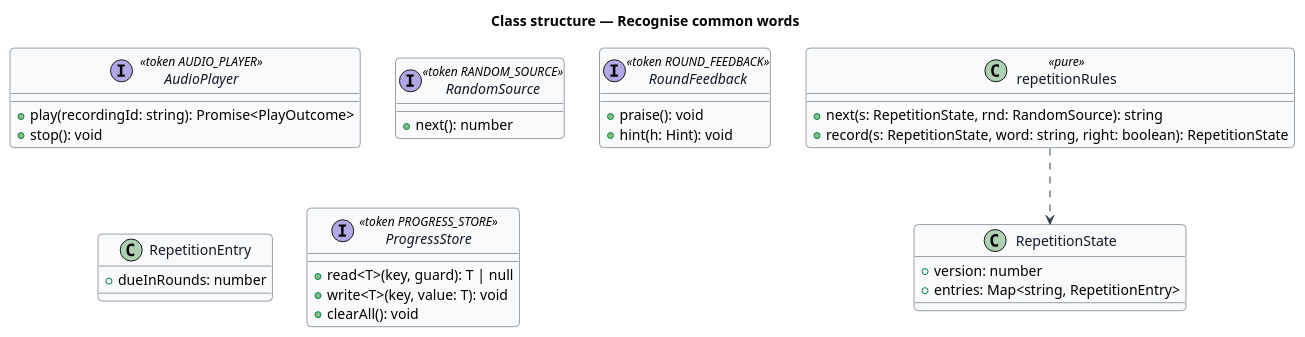
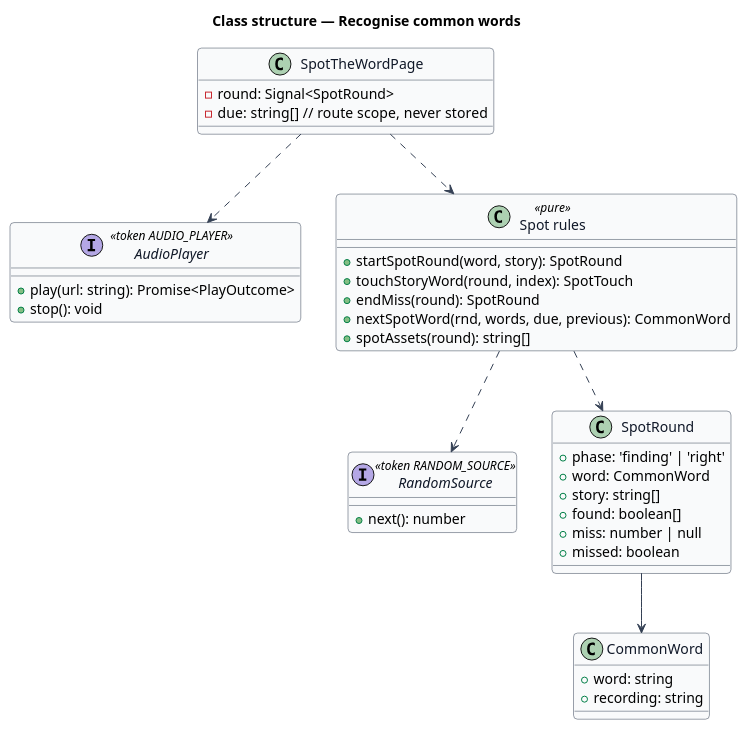
Before and after one commit to QuinntyneBrown/pibbo: the diagram in docs/detailed-designs/sound-out/recognise-common-words/diagrams/class.puml, drawn with PlantUML. The commit also changed 13 other files, not shown here.

First line of the commit message:
Align Spot the word: L2-019 follows the story mock, ADR 0022, the design, and Home's card drawn first

```diff
--- a/docs/detailed-designs/sound-out/recognise-common-words/diagrams/class.puml
+++ b/docs/detailed-designs/sound-out/recognise-common-words/diagrams/class.puml
@@ -1,43 +1,49 @@
 @startuml
 skinparam backgroundColor #FFFFFF
 skinparam shadowing false
 skinparam roundcorner 8
 skinparam defaultFontName Arial
 skinparam ArrowColor #344054
 skinparam class {
   BorderColor #344054
   FontColor #101828
   BackgroundColor #F9FAFB
 }
 title Class structure — Recognise common words
 
 interface AudioPlayer <<token AUDIO_PLAYER>> {
-  +play(recordingId: string): Promise<PlayOutcome>
+  +play(url: string): Promise<PlayOutcome>
   +stop(): void
 }
 interface RandomSource <<token RANDOM_SOURCE>> {
   +next(): number
 }
-interface RoundFeedback <<token ROUND_FEEDBACK>> {
-  +praise(): void
-  +hint(h: Hint): void
+class CommonWord {
+  +word: string
+  +recording: string
 }
-
-class RepetitionState {
-  +version: number
-  +entries: Map<string, RepetitionEntry>
+class SpotRound {
+  +phase: 'finding' | 'right'
+  +word: CommonWord
+  +story: string[]
+  +found: boolean[]
+  +miss: number | null
+  +missed: boolean
 }
-class RepetitionEntry {
-  +dueInRounds: number
+class "Spot rules" as rules <<pure>> {
+  +startSpotRound(word, story): SpotRound
+  +touchStoryWord(round, index): SpotTouch
+  +endMiss(round): SpotRound
+  +nextSpotWord(rnd, words, due, previous): CommonWord
+  +spotAssets(round): string[]
 }
-class repetitionRules <<pure>> {
-  +next(s: RepetitionState, rnd: RandomSource): string
-  +record(s: RepetitionState, word: string, right: boolean): RepetitionState
+class SpotTheWordPage {
+  -round: Signal<SpotRound>
+  -due: string[]  // route scope, never stored
 }
-interface ProgressStore <<token PROGRESS_STORE>> {
-  +read<T>(key, guard): T | null
-  +write<T>(key, value: T): void
-  +clearAll(): void
-}
-repetitionRules ..> RepetitionState
+SpotRound --> CommonWord
+rules ..> SpotRound
+rules ..> RandomSource
+SpotTheWordPage ..> rules
+SpotTheWordPage ..> AudioPlayer
 @enduml
```
